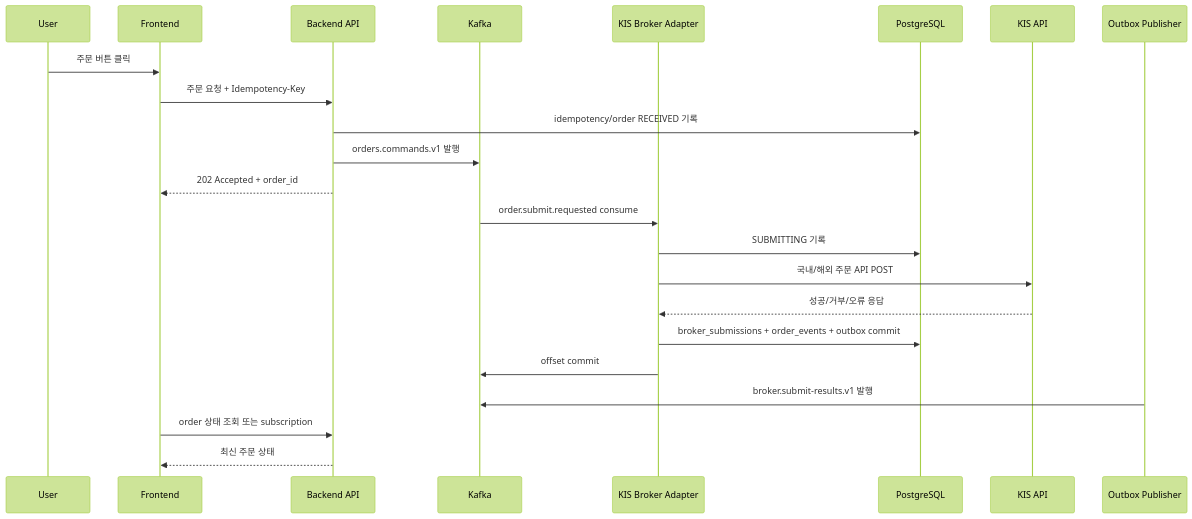
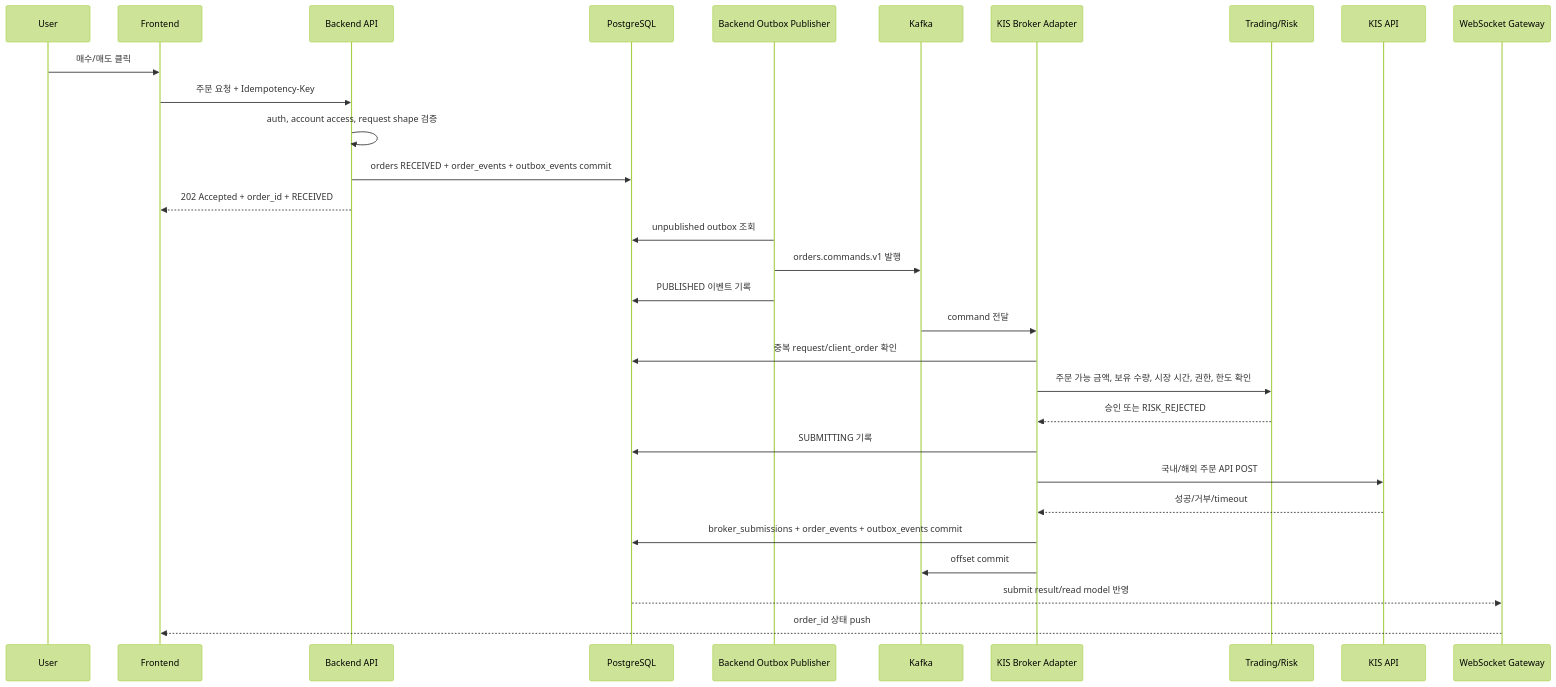
One commit to seunglee10/GOPS-BE changed the second of 6 diagrams in docs/architecture.md. Above: the diagram before and after it, drawn with Mermaid (forest theme). The commit also changed other lines of this file and 5 other files, not shown here.

````diff
--- a/docs/architecture.md
+++ b/docs/architecture.md
@@ -49,26 +71,33 @@
 ```mermaid
 sequenceDiagram
-    participant U as User
-    participant FE as Frontend
-    participant BE as Backend API
-    participant K as Kafka
-    participant A as KIS Broker Adapter
-    participant DB as PostgreSQL
-    participant KIS as KIS API
-    participant O as Outbox Publisher
+  participant U as User
+  participant FE as Frontend
+  participant API as Backend API
+  participant DB as PostgreSQL
+  participant OP as Backend Outbox Publisher
+  participant K as Kafka
+  participant A as KIS Broker Adapter
+  participant R as Trading/Risk
+  participant KIS as KIS API
+  participant W as WebSocket Gateway
 
-    U->>FE: 주문 버튼 클릭
-    FE->>BE: 주문 요청 + Idempotency-Key
-    BE->>DB: idempotency/order RECEIVED 기록
-    BE->>K: orders.commands.v1 발행
-    BE-->>FE: 202 Accepted + order_id
-    K->>A: order.submit.requested consume
-    A->>DB: SUBMITTING 기록
-    A->>KIS: 국내/해외 주문 API POST
-    KIS-->>A: 성공/거부/오류 응답
-    A->>DB: broker_submissions + order_events + outbox commit
-    A->>K: offset commit
-    O->>K: broker.submit-results.v1 발행
-    FE->>BE: order 상태 조회 또는 subscription
-    BE-->>FE: 최신 주문 상태
+  U->>FE: 매수/매도 클릭
+  FE->>API: 주문 요청 + Idempotency-Key
+  API->>API: auth, account access, request shape 검증
+  API->>DB: orders RECEIVED + order_events + outbox_events commit
+  API-->>FE: 202 Accepted + order_id + RECEIVED
+  OP->>DB: unpublished outbox 조회
+  OP->>K: orders.commands.v1 발행
+  OP->>DB: PUBLISHED 이벤트 기록
+  K->>A: command 전달
+  A->>DB: 중복 request/client_order 확인
+  A->>R: 주문 가능 금액, 보유 수량, 시장 시간, 권한, 한도 확인
+  R-->>A: 승인 또는 RISK_REJECTED
+  A->>DB: SUBMITTING 기록
+  A->>KIS: 국내/해외 주문 API POST
+  KIS-->>A: 성공/거부/timeout
+  A->>DB: broker_submissions + order_events + outbox_events commit
+  A->>K: offset commit
+  DB-->>W: submit result/read model 반영
+  W-->>FE: order_id 상태 push
 ```
````
